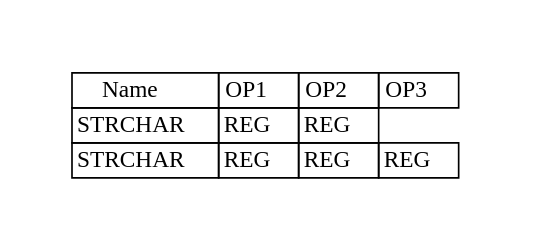
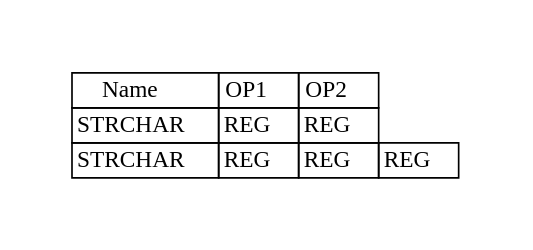
Before and after one commit to adesutherland/CREXX: the diagram in docs/books/crexx_vm_spec/svg/strchar.gv, drawn with Graphviz. The commit also changed 199 other files, not shown here.

```diff
--- a/docs/books/crexx_vm_spec/svg/strchar.gv
+++ b/docs/books/crexx_vm_spec/svg/strchar.gv
@@ -1,10 +1,10 @@
 digraph{
 graph [pad="0.5", nodesep="0.5", ranksep="2" ]
 node [shape=plain]
 Foo [label=<
 <table border="0" cellborder="1" cellspacing="0">
-<tr><td> Name </td> <td> OP1 </td><td> OP2 </td><td> OP3 </td> </tr>
+<tr><td> Name </td> <td> OP1 </td><td> OP2 </td> </tr>
 <tr><td> STRCHAR </td><td> REG </td><td> REG </td> </tr>
 <tr><td> STRCHAR </td><td> REG </td><td> REG </td><td> REG </td> </tr>
 </table>>];
 }
```
